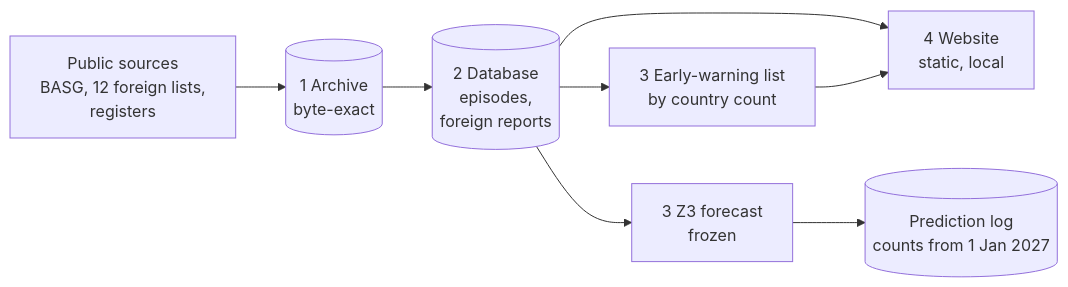
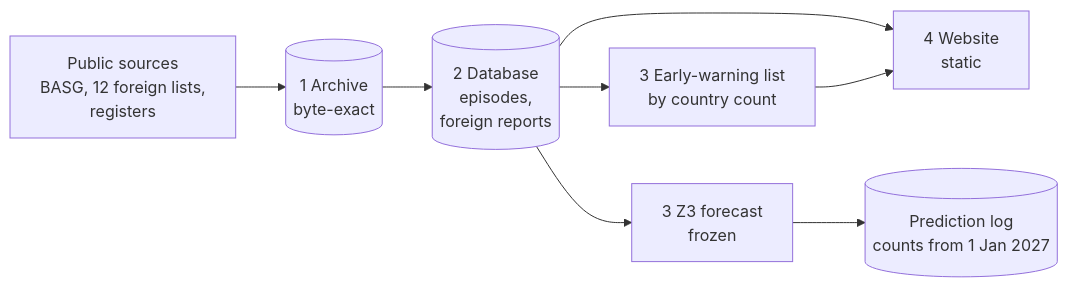
One commit to benediktneumayer2-tech/lieferengpass-radar changed the first of 2 diagrams in README.md. Above: the diagram before and after it, drawn with Mermaid. The commit also changed other lines of this file and 71 other files, not shown here.

````diff
--- a/README.md
+++ b/README.md
@@ -45,10 +45,10 @@
 ```mermaid
 flowchart LR
     Q["Public sources<br/>BASG, 12 foreign lists,<br/>registers"] --> A[("1 Archive<br/>byte-exact")]
     A --> D[("2 Database<br/>episodes,<br/>foreign reports")]
     D --> F["3 Early-warning list<br/>by country count"]
     D --> Z["3 Z3 forecast<br/>frozen"]
-    D --> W["4 Website<br/>static, local"]
+    D --> W["4 Website<br/>static"]
     F --> W
     Z --> P[("Prediction log<br/>counts from 1 Jan 2027")]
 ```
````
